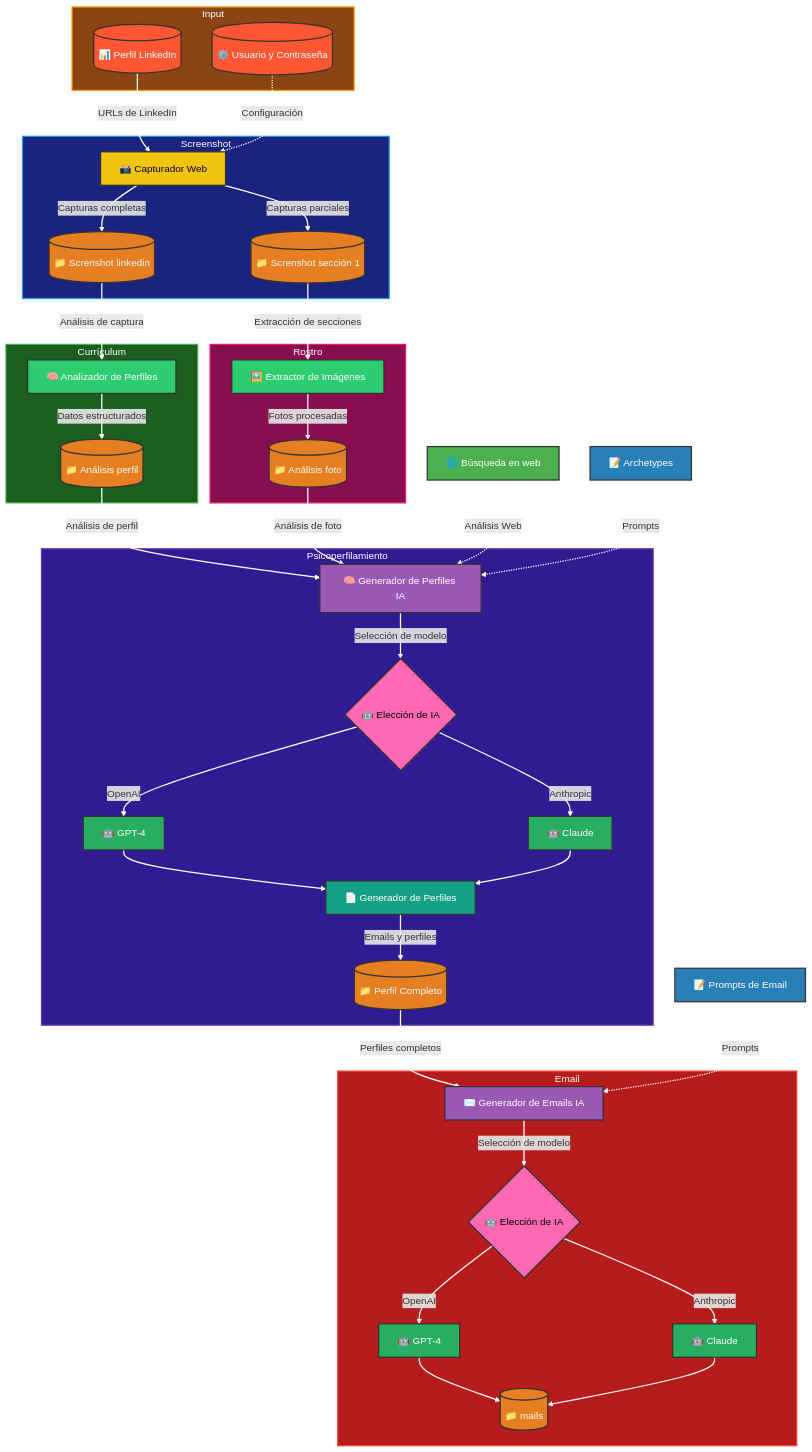
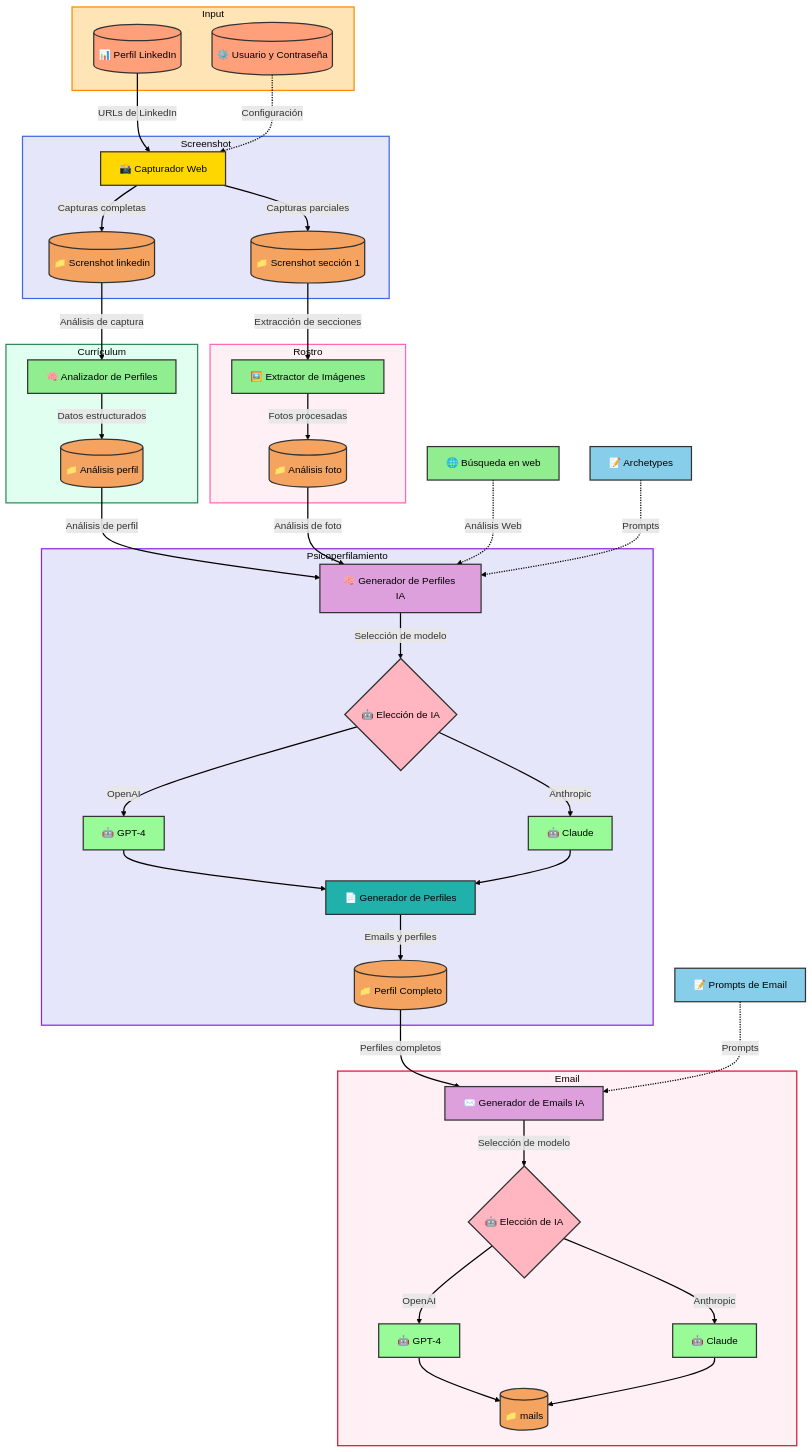
One commit to niatro/psicoperfilamiente changed the diagram in README.md. Above: the diagram before and after it, drawn with Mermaid.

Commit message:
grafo mermaid

````diff
--- a/README.md
+++ b/README.md
@@ -8,23 +8,19 @@
 A[("📊 Perfil LinkedIn")]
 P[("⚙️ Usuario y Contraseña")]
 end
-
 subgraph Screenshot["Screenshot"]
 C["📸 Capturador Web"]
 F[("📁 Screnshot linkedin")]
 G[("📁 Screnshot sección 1")]
 end
-
 subgraph Curriculum["Currículum"]
 E["🧠 Analizador de Perfiles"]
 I[("📁 Análisis perfil")]
 end
-
 subgraph Rostro["Rostro"]
 D["🖼️ Extractor de Imágenes"]
 H[("📁 Análisis foto")]
 end
-
 subgraph Psicoperfilamiento["Psicoperfilamiento"]
 J["🧠 Generador de Perfiles IA"]
 K{"🤖 Elección de IA"}
@@ -33,7 +29,6 @@
 N["📄 Generador de Perfiles"]
 O[("📁 Perfil Completo")]
 end
-
 subgraph Email["Email"]
 T["✉️ Generador de Emails IA"]
 U{"🤖 Elección de IA"}
@@ -41,11 +36,9 @@
 W["🤖 Claude"]
 X[("📁 mails")]
 end
-
 Q["🌐 Búsqueda en web"]
 R["📝 Archetypes"]
 S["📝 Prompts de Email"]
-
 A -->|URLs de LinkedIn| C
 P -.->|Configuración| C
 C -->|Capturas completas| F
@@ -67,21 +60,19 @@
 Q -.->|Análisis Web| J
 R -.->|Prompts| J
 S -.->|Prompts| T
-
 %% Definición de estilos
-classDef inputFile fill:#FF5733,stroke:#333,stroke-width:2px,color:white
-classDef mainScript fill:#3498DB,stroke:#333,stroke-width:2px,color:white
-classDef jsScript fill:#F1C40F,stroke:#333,stroke-width:2px,color:black
-classDef pythonScript fill:#2ECC71,stroke:#333,stroke-width:2px,color:white
-classDef outputFolder fill:#E67E22,stroke:#333,stroke-width:2px,color:white
-classDef aiScript fill:#9B59B6,stroke:#333,stroke-width:2px,color:white
-classDef decision fill:#FF69B4,stroke:#333,stroke-width:2px,color:black
-classDef aiModel fill:#27AE60,stroke:#333,stroke-width:2px,color:white
-classDef outputScript fill:#16A085,stroke:#333,stroke-width:2px,color:white
-classDef configFile fill:#8E44AD,stroke:#333,stroke-width:2px,color:white
-classDef promptFile fill:#2980B9,stroke:#333,stroke-width:2px,color:white
-classDef webSearch fill:#4CAF50,stroke:#333,stroke-width:2px,color:white
-
+classDef inputFile fill:#FFA07A,stroke:#333,stroke-width:2px,color:black
+classDef mainScript fill:#87CEFA,stroke:#333,stroke-width:2px,color:black
+classDef jsScript fill:#FFD700,stroke:#333,stroke-width:2px,color:black
+classDef pythonScript fill:#90EE90,stroke:#333,stroke-width:2px,color:black
+classDef outputFolder fill:#F4A460,stroke:#333,stroke-width:2px,color:black
+classDef aiScript fill:#DDA0DD,stroke:#333,stroke-width:2px,color:black
+classDef decision fill:#FFB6C1,stroke:#333,stroke-width:2px,color:black
+classDef aiModel fill:#98FB98,stroke:#333,stroke-width:2px,color:black
+classDef outputScript fill:#20B2AA,stroke:#333,stroke-width:2px,color:black
+classDef configFile fill:#DA70D6,stroke:#333,stroke-width:2px,color:black
+classDef promptFile fill:#87CEEB,stroke:#333,stroke-width:2px,color:black
+classDef webSearch fill:#90EE90,stroke:#333,stroke-width:2px,color:black
 %% Asignación de clases a nodos
 class A,P inputFile
 class C jsScript
@@ -93,15 +84,13 @@
 class N outputScript
 class Q webSearch
 class R,S promptFile
-
-%% Estilos de subgrafos con colores más oscuros
-style Input fill:#8B4513,stroke:#FF9800,stroke-width:2px,color:white
-style Screenshot fill:#1A237E,stroke:#2196F3,stroke-width:2px,color:white
-style Curriculum fill:#1B5E20,stroke:#4CAF50,stroke-width:2px,color:white
-style Rostro fill:#880E4F,stroke:#E91E63,stroke-width:2px,color:white
-style Psicoperfilamiento fill:#311B92,stroke:#673AB7,stroke-width:2px,color:white
-style Email fill:#B71C1C,stroke:#F44336,stroke-width:2px,color:white
-
+%% Estilos de subgrafos con colores más claros
+style Input fill:#FFE4B5,stroke:#FF8C00,stroke-width:2px,color:black
+style Screenshot fill:#E6E6FA,stroke:#4169E1,stroke-width:2px,color:black
+style Curriculum fill:#E0FFF0,stroke:#2E8B57,stroke-width:2px,color:black
+style Rostro fill:#FFF0F5,stroke:#FF69B4,stroke-width:2px,color:black
+style Psicoperfilamiento fill:#E6E6FA,stroke:#8A2BE2,stroke-width:2px,color:black
+style Email fill:#FFF0F5,stroke:#DC143C,stroke-width:2px,color:black
 %% Estilo de las flechas
-linkStyle default stroke:#FFFFFF,stroke-width:2px,fill:none
+linkStyle default stroke:#000000,stroke-width:2px,fill:none
 ```
````
